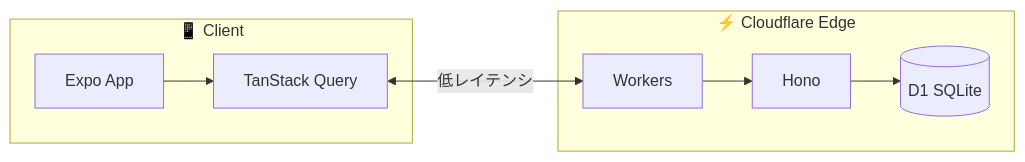
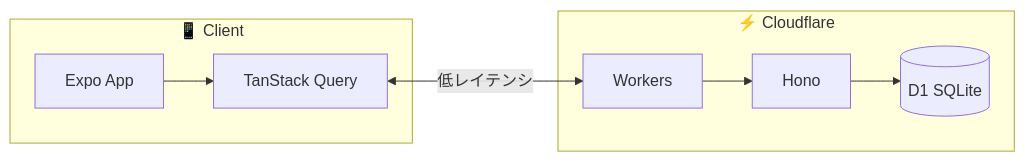
The diagram in src/content/blog/2025/modern-edge-tech-stack.mdx (paveg/funailog), drawn with Mermaid before and after one commit. The commit also changed other lines of this file and 25 other files, not shown here.

````diff
--- a/src/content/blog/2025/modern-edge-tech-stack.mdx
+++ b/src/content/blog/2025/modern-edge-tech-stack.mdx
@@ -44,17 +44,17 @@
 ```mermaid
 flowchart LR
     subgraph Client["📱 Client"]
         E[Expo App]
         TQ[TanStack Query]
         E --> TQ
     end
 
-    subgraph Edge["⚡ Cloudflare Edge"]
+    subgraph Edge["⚡ Cloudflare"]
         W[Workers]
         H[Hono]
         D1[(D1 SQLite)]
         W --> H --> D1
     end
 
     TQ <-->|"低レイテンシ"| W
 ```
````
